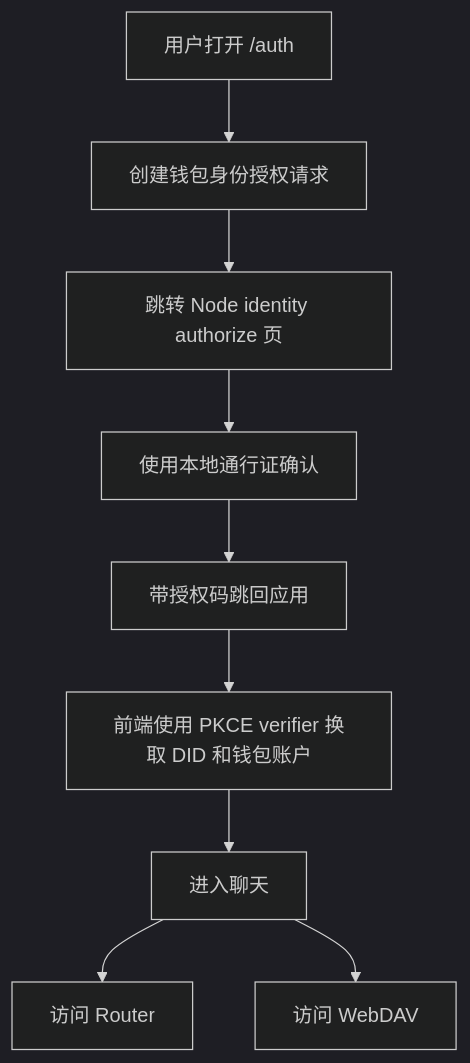
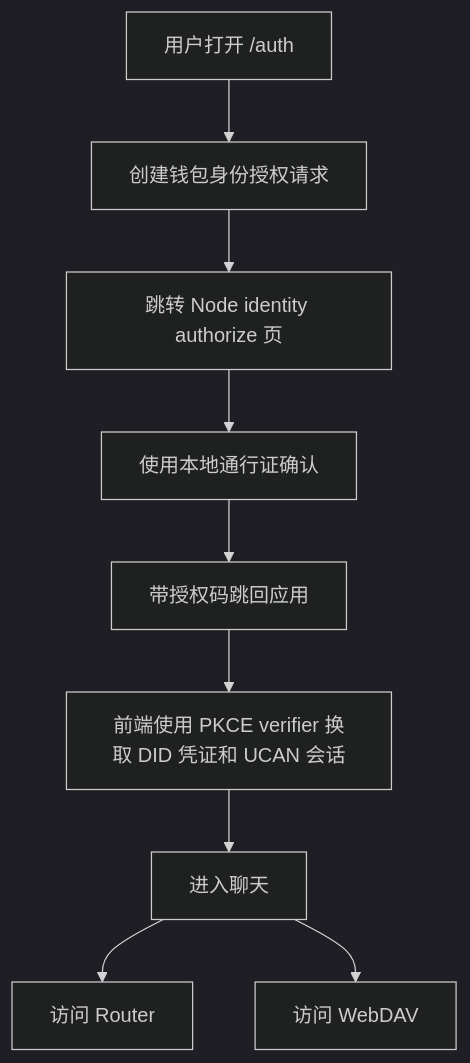
One commit to liuppx/chat changed the second of 4 diagrams in docs/30-architecture/用户登录方案.md. Above: the diagram before and after it, drawn with Mermaid (dark theme). The commit also changed other lines of this file and 38 other files, not shown here.

Commit message:
fix: complete identity login and desktop sync flow

````diff
--- a/docs/30-architecture/用户登录方案.md
+++ b/docs/30-architecture/用户登录方案.md
@@ -185,11 +186,11 @@
 ```mermaid
 flowchart TD
   A[用户打开 /auth] --> B[创建钱包身份授权请求]
   B --> C[跳转 Node identity authorize 页]
   C --> D[使用本地通行证确认]
   D --> E[带授权码跳回应用]
-  E --> F[前端使用 PKCE verifier 换取 DID 和钱包账户]
+  E --> F[前端使用 PKCE verifier 换取 DID 凭证和 UCAN 会话]
   F --> G[进入聊天]
   G --> H[访问 Router]
   G --> I[访问 WebDAV]
 ```
````
